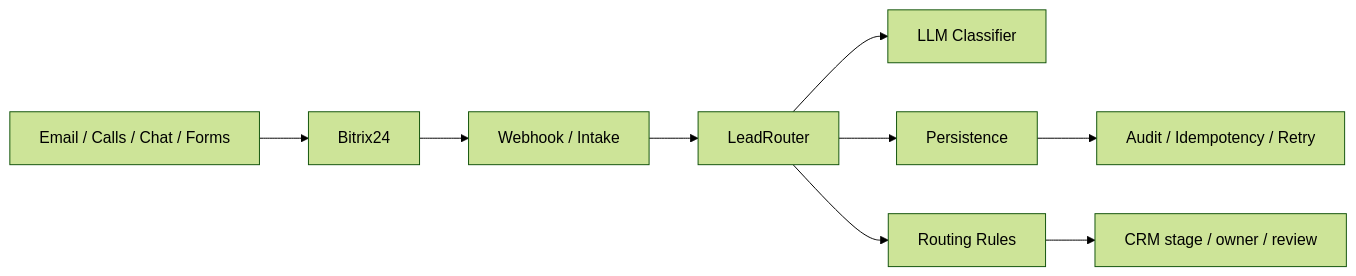
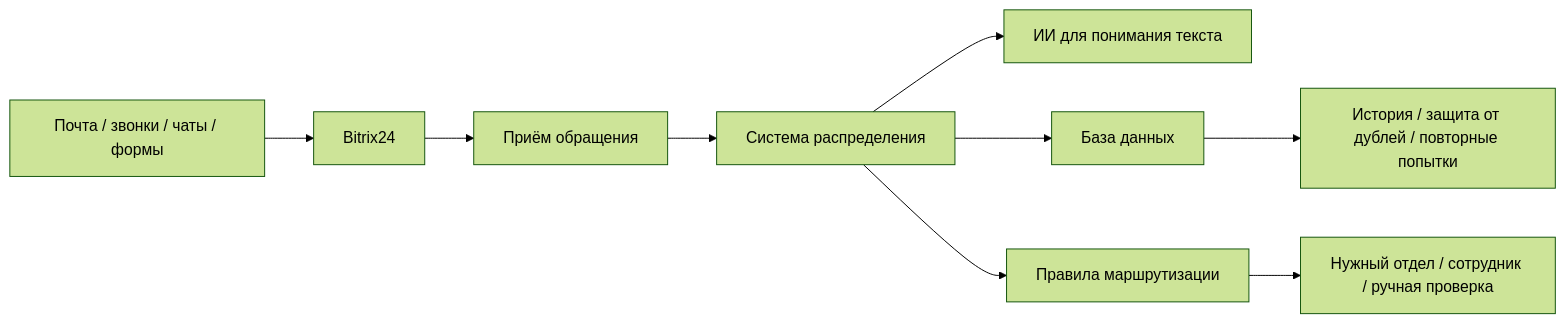
Before and after one commit to kirillq2098/kirillq2098: the first of 5 diagrams in docs/ARCHITECTURE.md, drawn with Mermaid (forest theme). The commit also changed other lines of this file, not shown here.

Commit message:
docs: explain system architecture in plain Russian

````diff
--- a/docs/ARCHITECTURE.md
+++ b/docs/ARCHITECTURE.md
@@ -9,11 +11,11 @@
 ```mermaid
 graph LR
-    A[Email / Calls / Chat / Forms] --> B[Bitrix24]
-    B --> C[Webhook / Intake]
-    C --> D[LeadRouter]
-    D --> E[LLM Classifier]
-    D --> F[Persistence]
-    D --> G[Routing Rules]
-    G --> H[CRM stage / owner / review]
-    F --> I[Audit / Idempotency / Retry]
+    A[Почта / звонки / чаты / формы] --> B[Bitrix24]
+    B --> C[Приём обращения]
+    C --> D[Система распределения]
+    D --> E[ИИ для понимания текста]
+    D --> F[База данных]
+    D --> G[Правила маршрутизации]
+    G --> H[Нужный отдел / сотрудник / ручная проверка]
+    F --> I[История / защита от дублей / повторные попытки]
 ```
````
